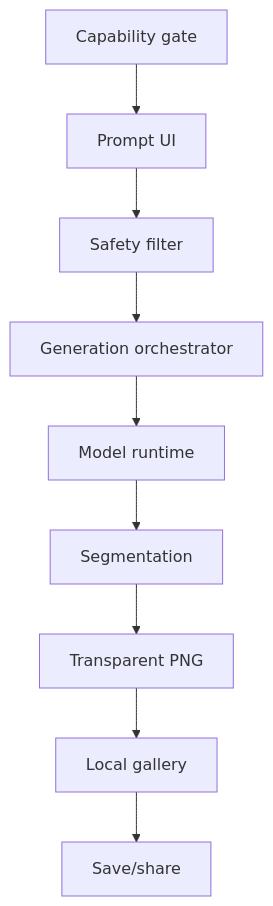
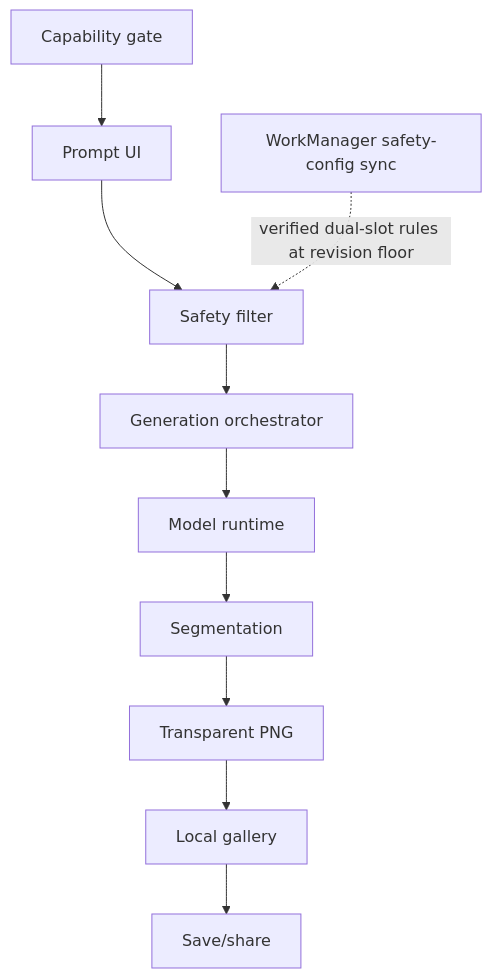
The diagram in docs/ARCHITECTURE.md (dtkienIT/GenSticker), drawn with Mermaid before and after one commit. The commit also changed other lines of this file and 17 other files, not shown here.

````diff
--- a/docs/ARCHITECTURE.md
+++ b/docs/ARCHITECTURE.md
@@ -67,11 +71,12 @@
 ```mermaid
 flowchart TD
     CG[Capability gate] --> PUI[Prompt UI]
     PUI --> SF[Safety filter]
     SF --> GO[Generation orchestrator]
     GO --> MR[Model runtime]
     MR --> SEG[Segmentation]
     SEG --> PNG[Transparent PNG]
     PNG --> LG[Local gallery]
     LG --> SS[Save/share]
+    WM[WorkManager safety-config sync] -. verified dual-slot rules at revision floor .-> SF
 ```
````
